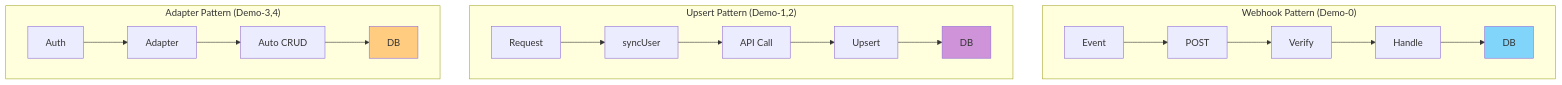
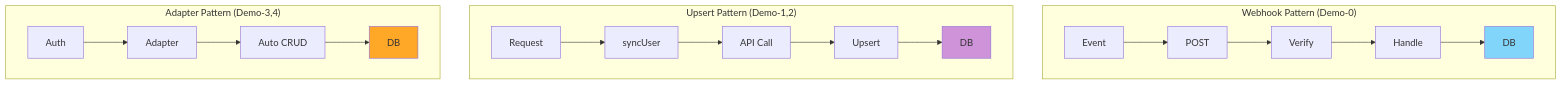
Diagram 28 of 39 in 02-DIAGRAMMES_ARCHITECTURES.md (inskillflow/auths-1-NEXTJS-introduction), drawn with Mermaid before and after one commit. The commit also changed other lines of this file, not shown here.

````diff
--- a/02-DIAGRAMMES_ARCHITECTURES.md
+++ b/02-DIAGRAMMES_ARCHITECTURES.md
@@ -938,26 +938,26 @@
 ```mermaid
 graph TB
     subgraph "Webhook Pattern (Demo-0)"
         W1[Event] --> W2[POST]
         W2 --> W3[Verify]
         W3 --> W4[Handle]
         W4 --> W5[DB]
     end
     
     subgraph "Upsert Pattern (Demo-1,2)"
         U1[Request] --> U2[syncUser]
         U2 --> U3[API Call]
         U3 --> U4[Upsert]
         U4 --> U5[DB]
     end
     
     subgraph "Adapter Pattern (Demo-3,4)"
         A1[Auth] --> A2[Adapter]
         A2 --> A3[Auto CRUD]
         A3 --> A4[DB]
     end
     
     style W5 fill:#81d4fa
     style U5 fill:#ce93d8
-    style A4 fill:#ffcc80
+    style A4 fill:#ffa726
 ```
````
